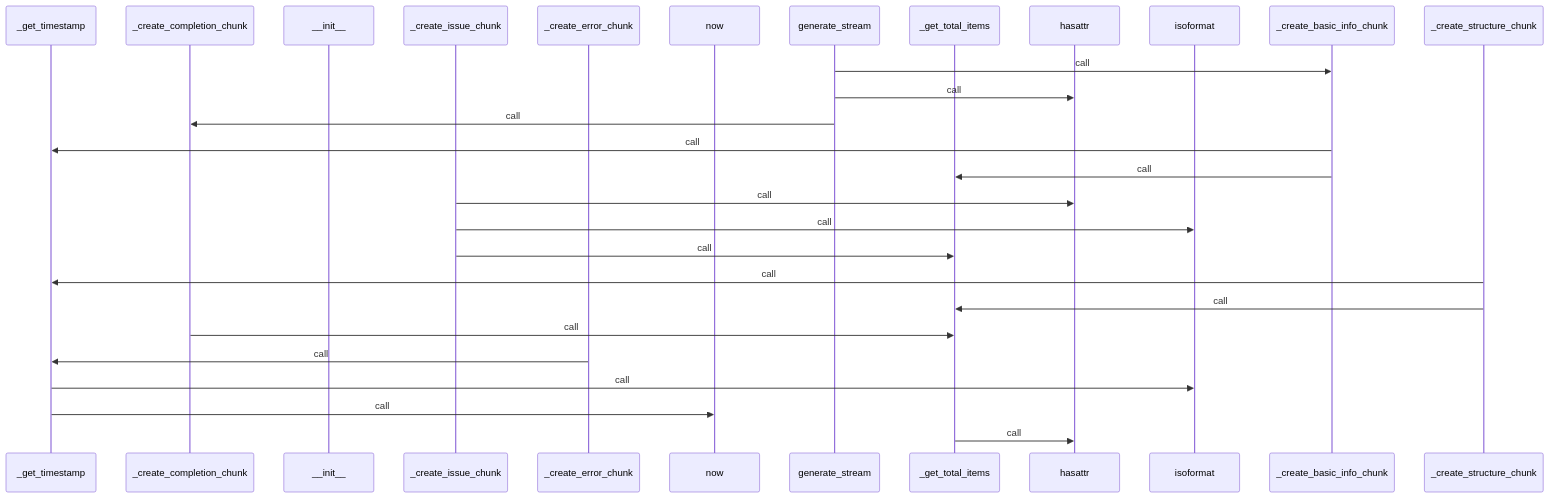
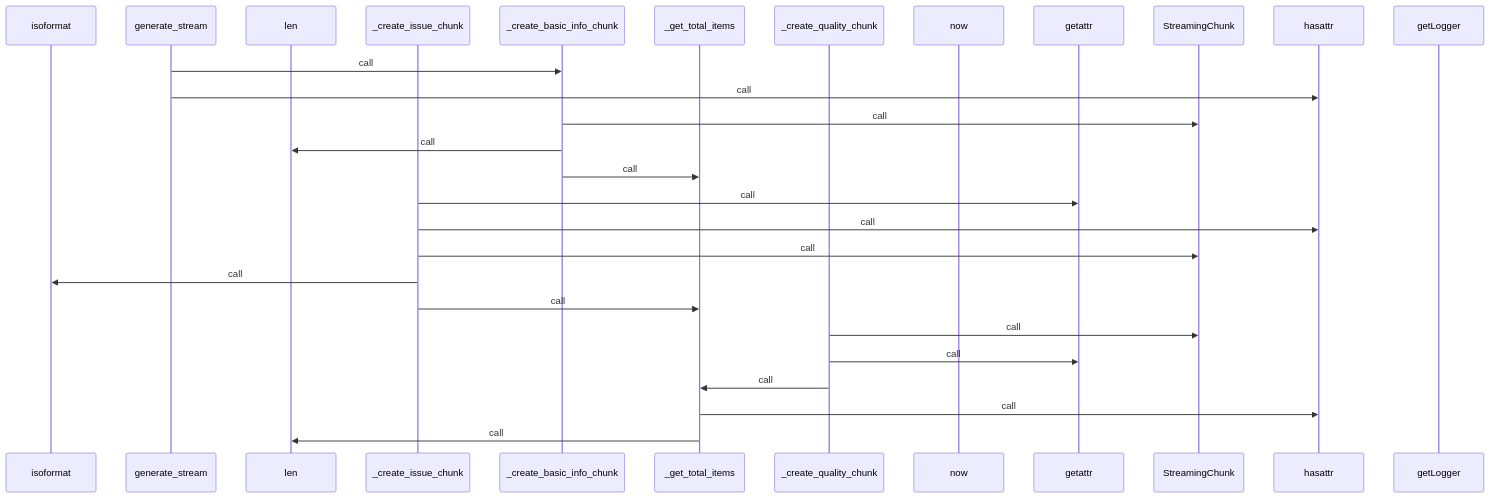
One commit to yeonjae-personal/codemuse-backend changed the third of 4 diagrams in generated_docs/rule_analyzer/streaming/stream_generator.md. Above: the diagram before and after it, drawn with Mermaid. The commit also changed other lines of this file and 3991 other files, not shown here.

First line of the commit message:
feat: 워크플로우 개선 및 핵심 문서 자동 생성 구현

````diff
--- a/generated_docs/rule_analyzer/streaming/stream_generator.md
+++ b/generated_docs/rule_analyzer/streaming/stream_generator.md
@@ -201,30 +201,30 @@
 ```mermaid
 sequenceDiagram
-  participant _get_timestamp as _get_timestamp
-  participant _create_completion_chunk as _create_completion_chunk
-  participant __init__ as __init__
+  participant isoformat as isoformat
+  participant generate_stream as generate_stream
+  participant len as len
   participant _create_issue_chunk as _create_issue_chunk
-  participant _create_error_chunk as _create_error_chunk
+  participant _create_basic_info_chunk as _create_basic_info_chunk
+  participant _get_total_items as _get_total_items
+  participant _create_quality_chunk as _create_quality_chunk
   participant now as now
-  participant generate_stream as generate_stream
-  participant _get_total_items as _get_total_items
+  participant getattr as getattr
+  participant StreamingChunk as StreamingChunk
   participant hasattr as hasattr
-  participant isoformat as isoformat
-  participant _create_basic_info_chunk as _create_basic_info_chunk
-  participant _create_structure_chunk as _create_structure_chunk
+  participant getLogger as getLogger
   generate_stream->>_create_basic_info_chunk: call
   generate_stream->>hasattr: call
-  generate_stream->>_create_completion_chunk: call
-  _create_basic_info_chunk->>_get_timestamp: call
+  _create_basic_info_chunk->>StreamingChunk: call
+  _create_basic_info_chunk->>len: call
   _create_basic_info_chunk->>_get_total_items: call
+  _create_issue_chunk->>getattr: call
   _create_issue_chunk->>hasattr: call
+  _create_issue_chunk->>StreamingChunk: call
   _create_issue_chunk->>isoformat: call
   _create_issue_chunk->>_get_total_items: call
-  _create_structure_chunk->>_get_timestamp: call
-  _create_structure_chunk->>_get_total_items: call
-  _create_completion_chunk->>_get_total_items: call
-  _create_error_chunk->>_get_timestamp: call
-  _get_timestamp->>isoformat: call
-  _get_timestamp->>now: call
+  _create_quality_chunk->>StreamingChunk: call
+  _create_quality_chunk->>getattr: call
+  _create_quality_chunk->>_get_total_items: call
   _get_total_items->>hasattr: call
+  _get_total_items->>len: call
 ```
````
